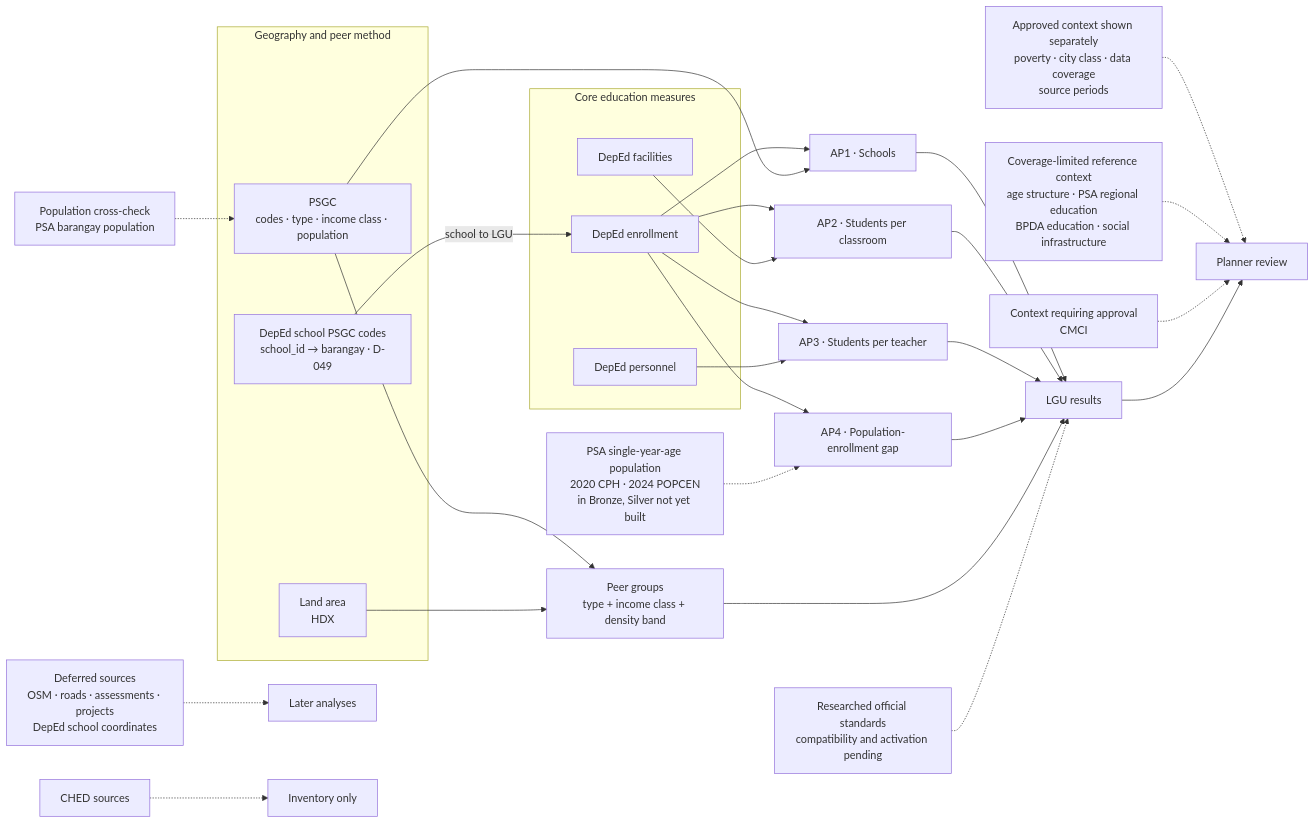
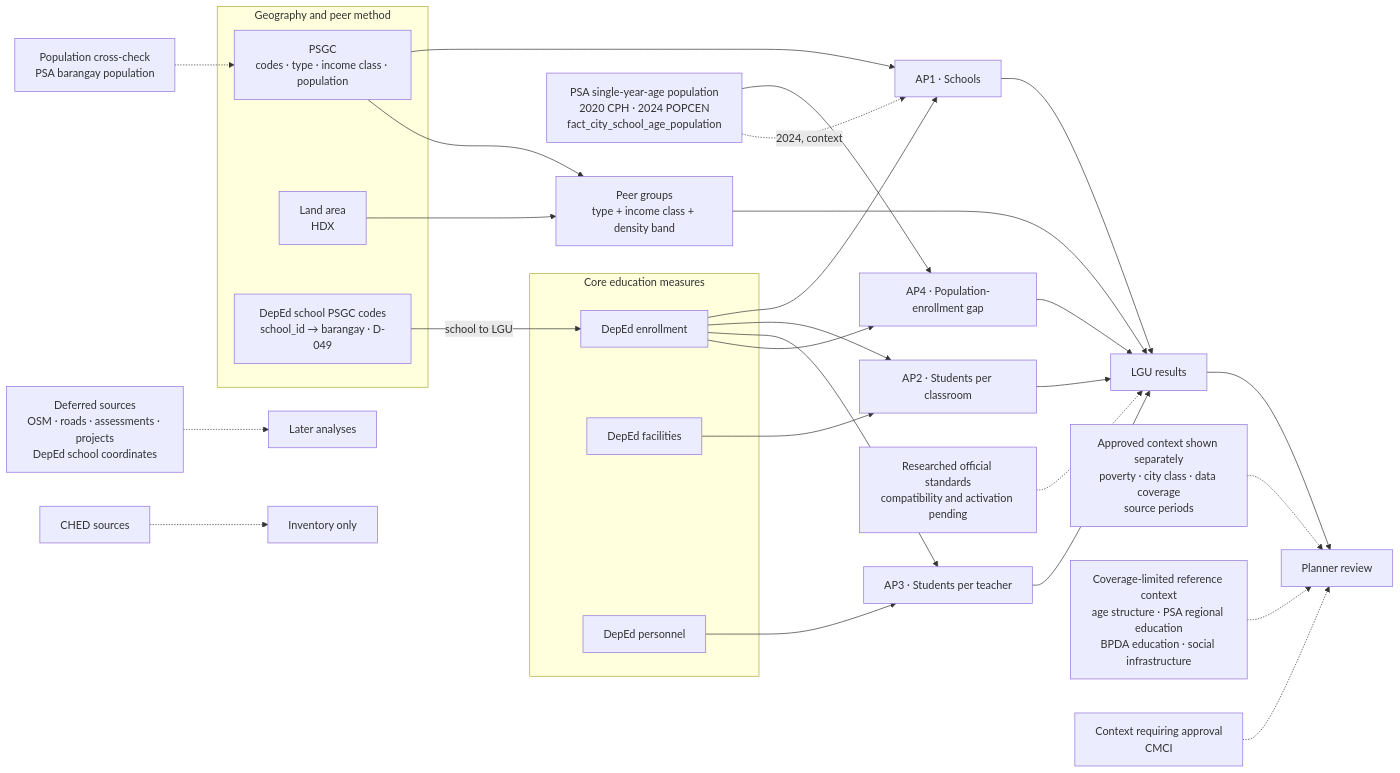
One commit to reached-hq/edu-access-intelligence changed the diagram in docs/business/dataset-use-map.md. Above: the diagram before and after it, drawn with Mermaid. The commit also changed other lines of this file and 6 other files, not shown here.

````diff
--- a/docs/business/dataset-use-map.md
+++ b/docs/business/dataset-use-map.md
@@ -21,41 +21,42 @@
 ```mermaid
 flowchart LR
     subgraph CORE["Core education measures"]
         ENR["DepEd enrollment"]
         FAC["DepEd facilities"]
         PER["DepEd personnel"]
     end
 
     subgraph METHOD["Geography and peer method"]
     PSGC["PSGC<br/>codes · type · income class · population"]
     AREA["Land area<br/>HDX"]
     XWALK["DepEd school PSGC codes<br/>school_id → barangay · D-049"]
     end
 
     XWALK -->|"school to LGU"| ENR
     ENR --> AP1["AP1 · Schools"]
     PSGC --> AP1
     ENR --> AP2["AP2 · Students per classroom"]
     FAC --> AP2
     ENR --> AP3["AP3 · Students per teacher"]
     PER --> AP3
     ENR --> AP4["AP4 · Population-enrollment gap"]
-    AGE["PSA single-year-age population<br/>2020 CPH · 2024 POPCEN<br/>in Bronze, Silver not yet built"] -.-> AP4
+    AGE["PSA single-year-age population<br/>2020 CPH · 2024 POPCEN<br/>fact_city_school_age_population"] --> AP4
+    AGE -.->|2024, context| AP1
 
     PSGC --> PEERS["Peer groups<br/>type + income class + density band"]
     AREA --> PEERS
     AP1 --> RESULT["LGU results"]
     AP2 --> RESULT
     AP3 --> RESULT
     AP4 --> RESULT
     PEERS --> RESULT
     STANDARD["Researched official standards<br/>compatibility and activation pending"] -.-> RESULT
 
     CONTEXT["Approved context shown separately<br/>poverty · city class · data coverage<br/>source periods"] -.-> DASH["Planner review"]
     LIMITED["Coverage-limited reference context<br/>age structure · PSA regional education<br/>BPDA education · social infrastructure"] -.-> DASH
     CANDIDATE["Context requiring approval<br/>CMCI"] -.-> DASH
     POPCHECK["Population cross-check<br/>PSA barangay population"] -.-> PSGC
     RESULT --> DASH
     DEFER["Deferred sources<br/>OSM · roads · assessments · projects<br/>DepEd school coordinates"] -.-> LATER["Later analyses"]
     EXCLUDED["CHED sources"] -.-> RECORD["Inventory only"]
 ```
````
